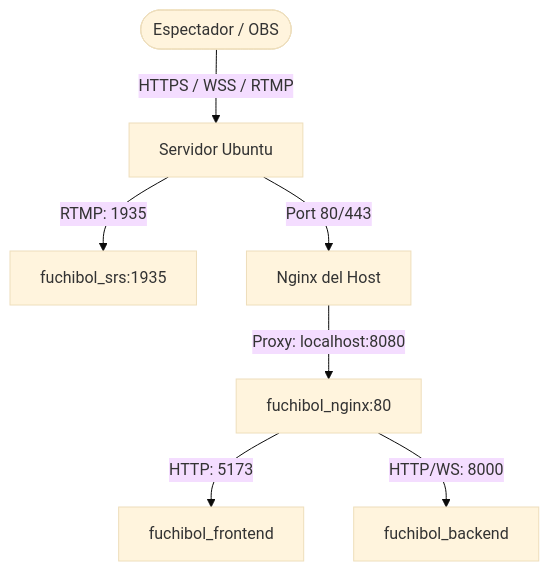
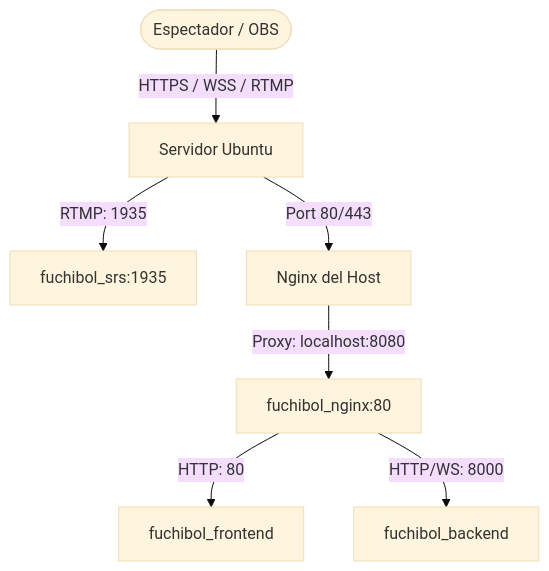
One commit to fce2023/fuchibol changed the diagram in plan_de_despliegue.md. Above: the diagram before and after it, drawn with Mermaid (base theme). The commit also changed 60 other files, not shown here.

````diff
--- a/plan_de_despliegue.md
+++ b/plan_de_despliegue.md
@@ -9,9 +9,9 @@
 ```mermaid
 graph TD
     User([Espectador / OBS]) -->|HTTPS / WSS / RTMP| Host[Servidor Ubuntu]
     Host -->|RTMP: 1935| SRS[fuchibol_srs:1935]
     Host -->|Port 80/443| HostNginx[Nginx del Host]
     HostNginx -->|Proxy: localhost:8080| ContainerNginx[fuchibol_nginx:80]
-    ContainerNginx -->|HTTP: 5173| Frontend[fuchibol_frontend]
+    ContainerNginx -->|HTTP: 80| Frontend[fuchibol_frontend]
     ContainerNginx -->|HTTP/WS: 8000| Backend[fuchibol_backend]
 ```
````
